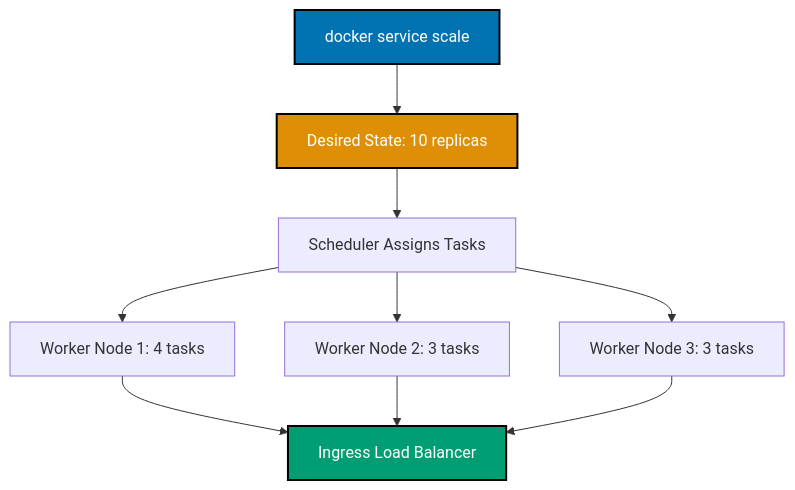
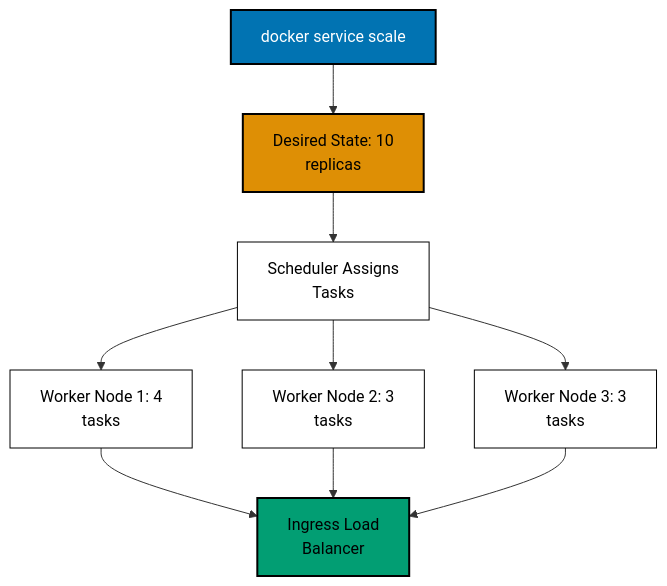
The tenth of 14 diagrams in apps/ayokoding-www/content/en/learn/legacy/software-engineering/infrastructure/tools/docker/by-example/advanced.md (wahidyankf/ose-public), drawn with Mermaid before and after one commit. The commit also changed other lines of this file and 131 other files, not shown here.

First line of the commit message:
fix(mermaid): bring the legacy data, infrastructure, and testing diagrams onto the accessible palette

````diff
--- a/apps/ayokoding-www/content/en/learn/legacy/software-engineering/infrastructure/tools/docker/by-example/advanced.md
+++ b/apps/ayokoding-www/content/en/learn/legacy/software-engineering/infrastructure/tools/docker/by-example/advanced.md
@@ -2633,16 +2691,22 @@
 ```mermaid
 %% Color Palette: Blue #0173B2, Orange #DE8F05, Teal #029E73, Purple #CC78BC, Brown #CA9161
 graph TD
-    A["docker service scale"] --> B["Desired State: 10 replicas"]
-    B --> C["Scheduler Assigns Tasks"]
-    C --> D["Worker Node 1: 4 tasks"]
-    C --> E["Worker Node 2: 3 tasks"]
-    C --> F["Worker Node 3: 3 tasks"]
-    D --> G["Ingress Load Balancer"]
+    accTitle: Example 69: Docker Swarm Service Scaling
+    accDescr: Graph with 7 nodes and 8 connections. Nodes: docker service scale, Desired State: 10 replicas, Scheduler Assigns Tasks, Worker Node 1: 4 tasks, Worker Node 2: 3 tasks, Worker Node 3: 3 tasks, Ingress Load Balancer. Connections: docker service scale to Desired State: 10 replicas, Desired State: 10 replicas to Scheduler Assigns Tasks, Scheduler Assigns Tasks to Worker Node 1: 4 tasks, Scheduler Assigns Tasks to Worker Node 2: 3 tasks, Scheduler Assigns Tasks to Worker Node 3: 3 tasks, Worker Node 1: 4 tasks to Ingress Load Balancer, Worker Node 2: 3 tasks to Ingress Load Balancer, Worker Node 3: 3 tasks to Ingress Load Balancer.
+    A["docker service scale"] --> B["Desired State: 10<br/>replicas"]
+    B --> C["Scheduler Assigns<br/>Tasks"]
+    C --> D["Worker Node 1: 4<br/>tasks"]
+    C --> E["Worker Node 2: 3<br/>tasks"]
+    C --> F["Worker Node 3: 3<br/>tasks"]
+    D --> G["Ingress Load<br/>Balancer"]
     E --> G
     F --> G
 
-    style A fill:#0173B2,stroke:#000000,stroke-width:2px,color:#fff
-    style B fill:#DE8F05,stroke:#000000,stroke-width:2px,color:#fff
-    style G fill:#029E73,stroke:#000000,stroke-width:2px,color:#fff
+    classDef pal-0173B2 fill:#0173B2,stroke:#000000,color:#FFFFFF,stroke-width:2px
+    class A pal-0173B2
+    classDef pal-DE8F05 fill:#DE8F05,stroke:#000000,color:#000000,stroke-width:2px
+    class B pal-DE8F05
+    classDef pal-029E73 fill:#029E73,stroke:#000000,color:#000000,stroke-width:2px
+    class G pal-029E73
+    classDef default fill:#FFFFFF,stroke:#000000,color:#000000
 ```
````
